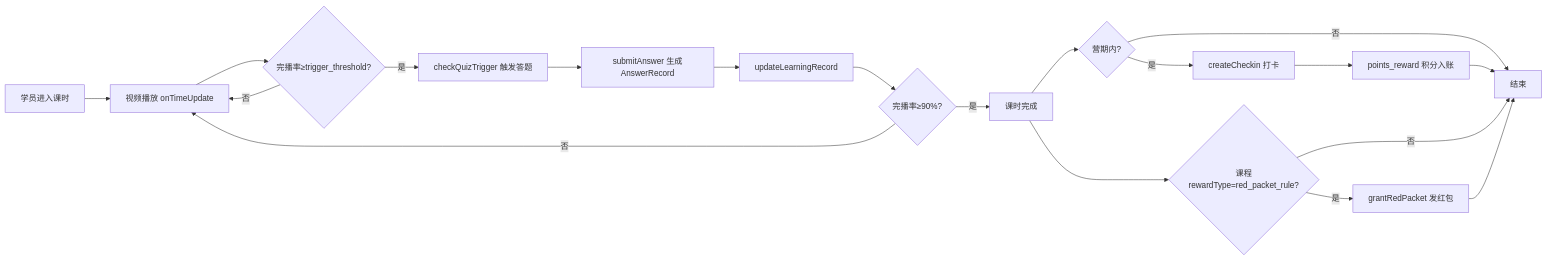
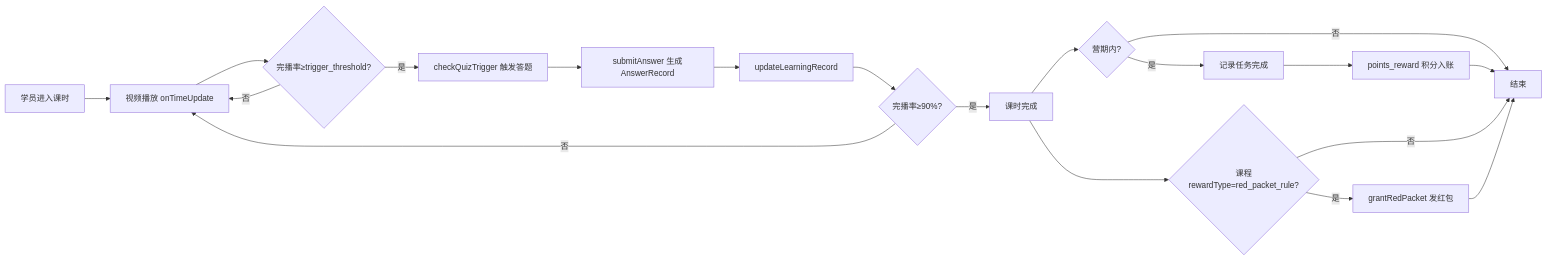
One commit to eltonliz/saas-audit-prototype changed the fifth of 10 diagrams in docs/01-requirements/18-课程与营期域-PRD-v1.4.0.md. Above: the diagram before and after it, drawn with Mermaid. The commit also changed other lines of this file and 13 other files, not shown here.

````diff
--- a/docs/01-requirements/18-课程与营期域-PRD-v1.4.0.md
+++ b/docs/01-requirements/18-课程与营期域-PRD-v1.4.0.md
@@ -274,21 +275,21 @@
 ```mermaid
 flowchart LR
     A[学员进入课时] --> B[视频播放 onTimeUpdate]
     B --> C{完播率≥trigger_threshold?}
     C -->|是| D[checkQuizTrigger 触发答题]
     C -->|否| B
     D --> E[submitAnswer 生成AnswerRecord]
     E --> F[updateLearningRecord]
     F --> G{完播率≥90%?}
     G -->|是| H[课时完成]
     G -->|否| B
     H --> I{营期内?}
-    I -->|是| J[createCheckin 打卡]
+    I -->|是| J[记录任务完成]
     J --> K[points_reward 积分入账]
     I -->|否| L[结束]
     K --> L
     H --> M{课程rewardType=red_packet_rule?}
     M -->|是| N[grantRedPacket 发红包]
     M -->|否| L
     N --> L
 ```
````
